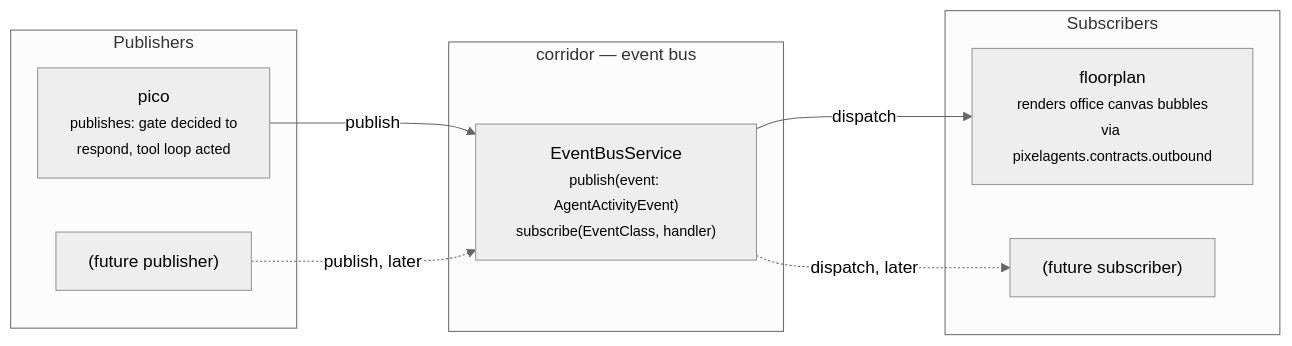
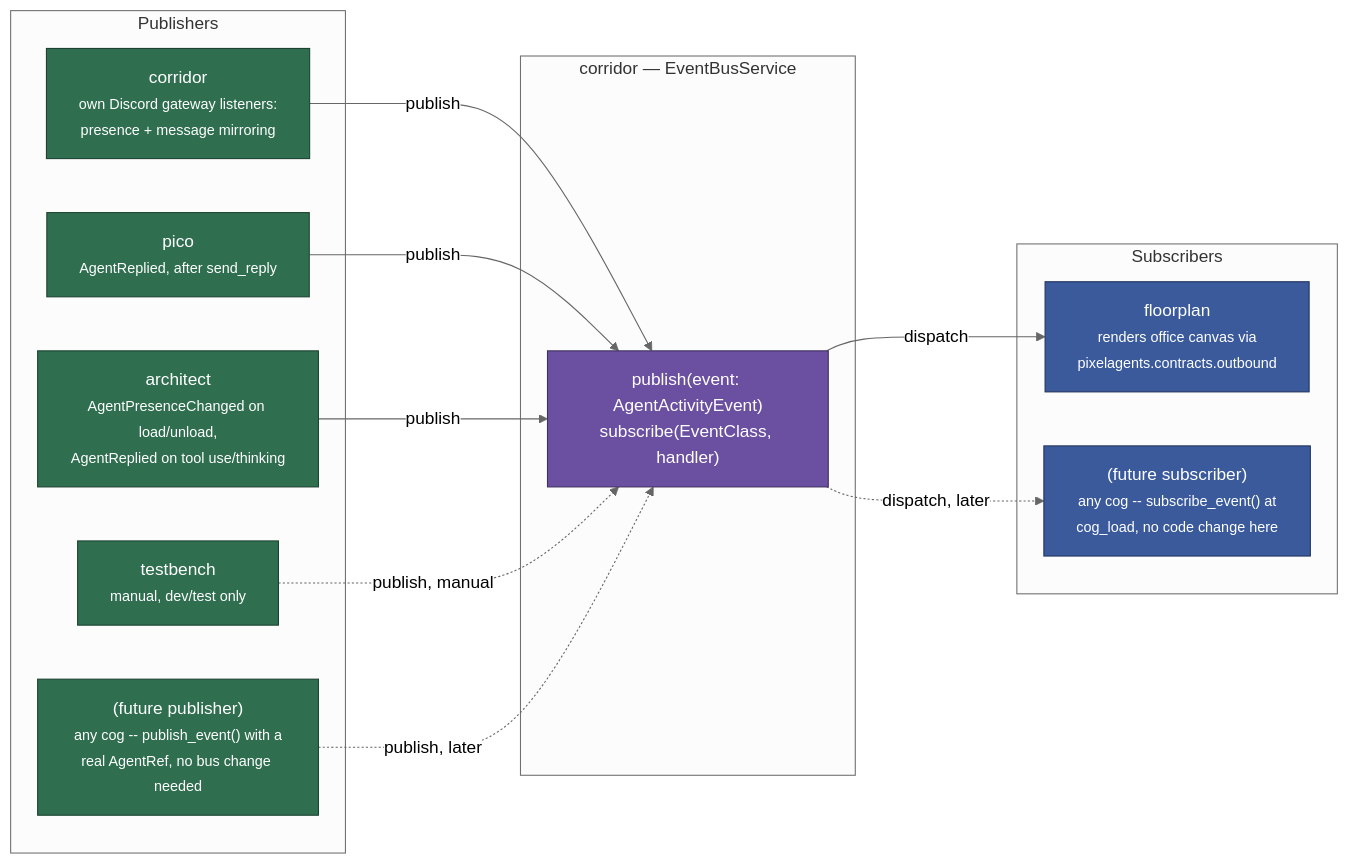
Before and after one commit to pixel-agents-hq/pixel-agents-cogs: the first of 4 diagrams in docs/corridor-pubsub-design.md, drawn with Mermaid (neutral theme). The commit also changed other lines of this file and 25 other files, not shown here.

````diff
--- a/docs/corridor-pubsub-design.md
+++ b/docs/corridor-pubsub-design.md
@@ -203,21 +57,35 @@
 ```mermaid
 flowchart LR
+    classDef publisher fill:#2f6f4f,stroke:#1c4230,color:#fff
+    classDef subscriber fill:#3a5a9c,stroke:#22355c,color:#fff
+    classDef hub fill:#6b4fa0,stroke:#402f60,color:#fff
+
     subgraph Publishers["Publishers"]
-        pico["pico<br/><small>publishes: gate decided to<br/>respond, tool loop acted</small>"]
-        pub_future["(future publisher)"]
+        Corridor["corridor<br/><small>own Discord gateway listeners:<br/>presence + message mirroring</small>"]
+        Pico["pico<br/><small>AgentReplied, after send_reply</small>"]
+        Architect["architect<br/><small>AgentPresenceChanged on load/unload,<br/>AgentReplied on tool use/thinking</small>"]
+        Testbench["testbench<br/><small>manual, dev/test only</small>"]
+        PubFuture["(future publisher)<br/><small>any cog -- publish_event() with a<br/>real AgentRef, no bus change needed</small>"]
     end
 
-    subgraph corridor_bus["corridor — event bus"]
-        bus["EventBusService<br/><small>publish(event: AgentActivityEvent)<br/>subscribe(EventClass, handler)</small>"]
+    subgraph Bus["corridor — EventBusService"]
+        EB["publish(event: AgentActivityEvent)<br/>subscribe(EventClass, handler)"]
     end
 
     subgraph Subscribers["Subscribers"]
-        floorplan["floorplan<br/><small>renders office canvas bubbles<br/>via pixelagents.contracts.outbound</small>"]
-        sub_future["(future subscriber)"]
+        Floorplan["floorplan<br/><small>renders office canvas via<br/>pixelagents.contracts.outbound</small>"]
+        SubFuture["(future subscriber)<br/><small>any cog -- subscribe_event() at<br/>cog_load, no code change here</small>"]
     end
 
-    pico -->|publish| bus
-    pub_future -.->|publish, later| bus
-    bus -->|dispatch| floorplan
-    bus -.->|dispatch, later| sub_future
+    Corridor -->|publish| EB
+    Pico -->|publish| EB
+    Architect -->|publish| EB
+    Testbench -.->|publish, manual| EB
+    PubFuture -.->|publish, later| EB
+    EB -->|dispatch| Floorplan
+    EB -.->|dispatch, later| SubFuture
+
+    class Corridor,Pico,Architect,Testbench,PubFuture publisher
+    class Floorplan,SubFuture subscriber
+    class EB hub
 ```
````
